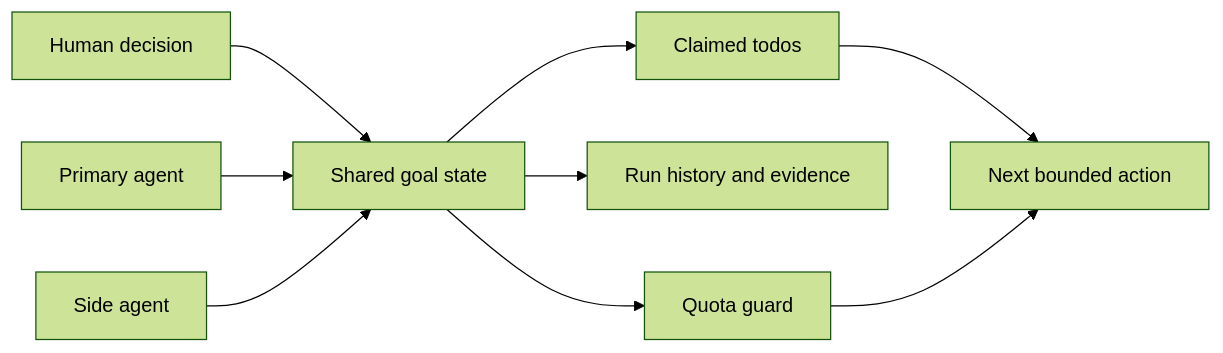
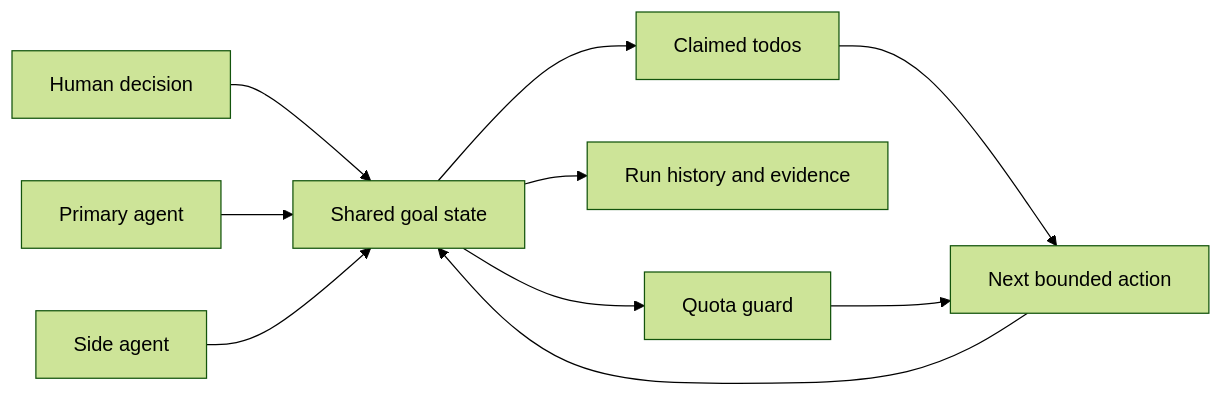
The diagram in README.md (huangruiteng/goal-harness), drawn with Mermaid (forest theme) before and after one commit. The commit also changed other lines of this file and 2 other files, not shown here.

````diff
--- a/README.md
+++ b/README.md
@@ -51,11 +41,12 @@
 ```mermaid
 flowchart LR
   U["Human decision"] --> GH["Shared goal state"]
   P["Primary agent"] --> GH
   S["Side agent"] --> GH
   GH --> T["Claimed todos"]
   GH --> H["Run history and evidence"]
   GH --> Q["Quota guard"]
   T --> A["Next bounded action"]
   Q --> A
+  A --> GH
 ```
````
